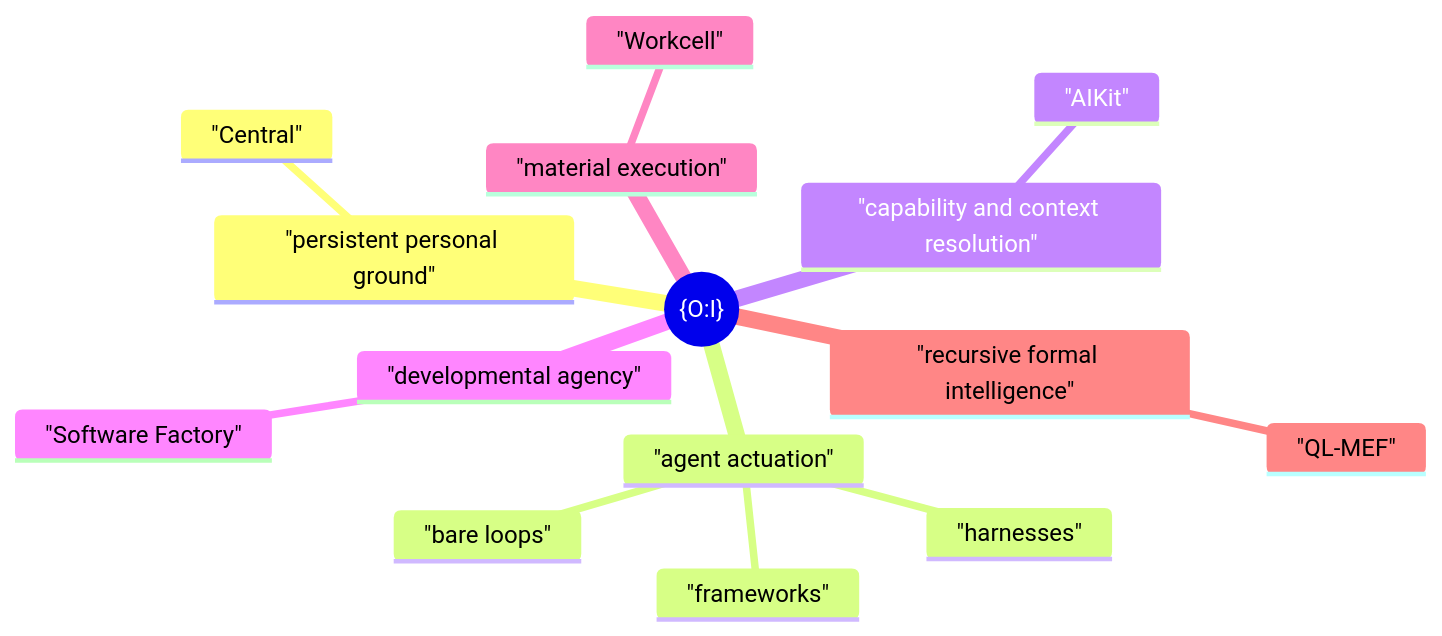
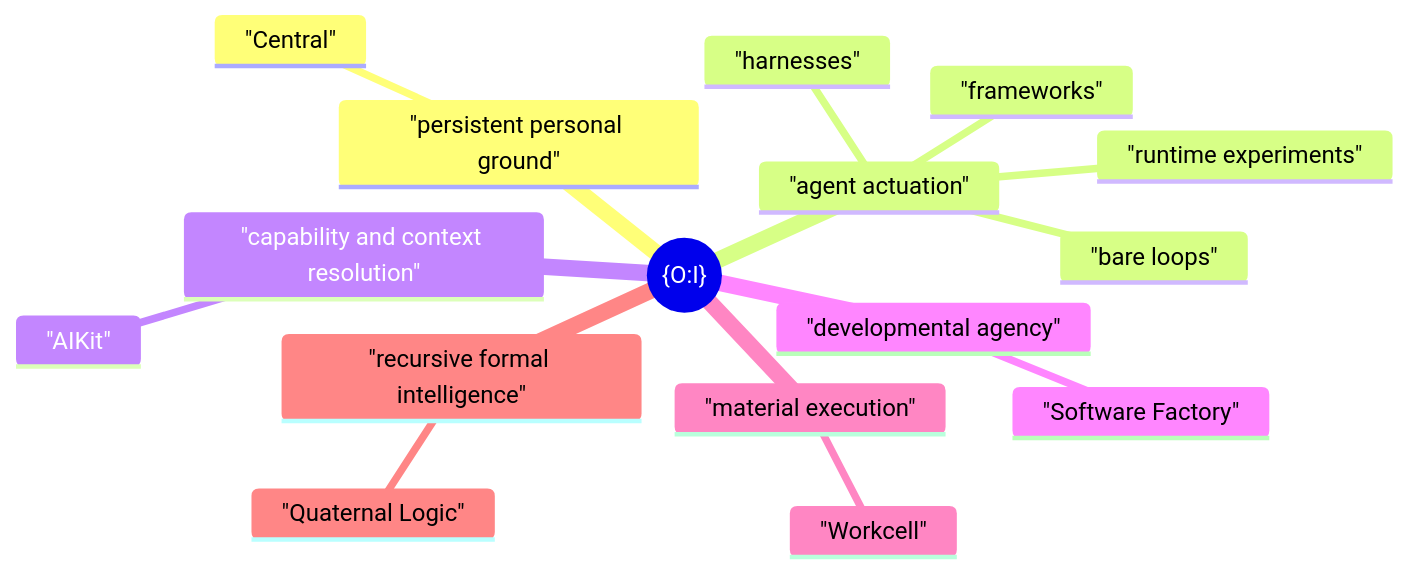
The diagram in README.md (EpiLogos/O-I), drawn with Mermaid before and after one commit. The commit also changed other lines of this file, not shown here.

````diff
--- a/README.md
+++ b/README.md
@@ -15,18 +37,19 @@
 ```mermaid
 mindmap
   root(("{O:I}"))
     "persistent personal ground"
       "Central"
     "agent actuation"
-      "bare loops"
+      "runtime experiments"
       "frameworks"
       "harnesses"
+      "bare loops"
     "capability and context resolution"
       "AIKit"
     "developmental agency"
       "Software Factory"
     "material execution"
       "Workcell"
     "recursive formal intelligence"
-      "QL-MEF"
+      "Quaternal Logic"
 ```
````
